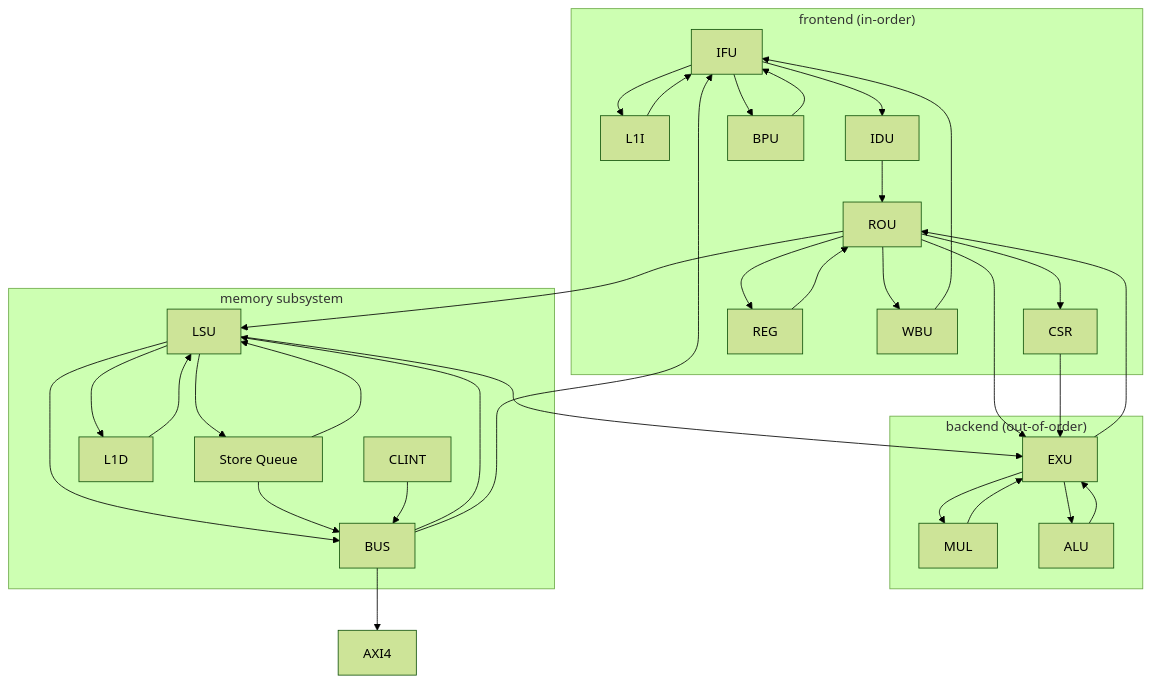
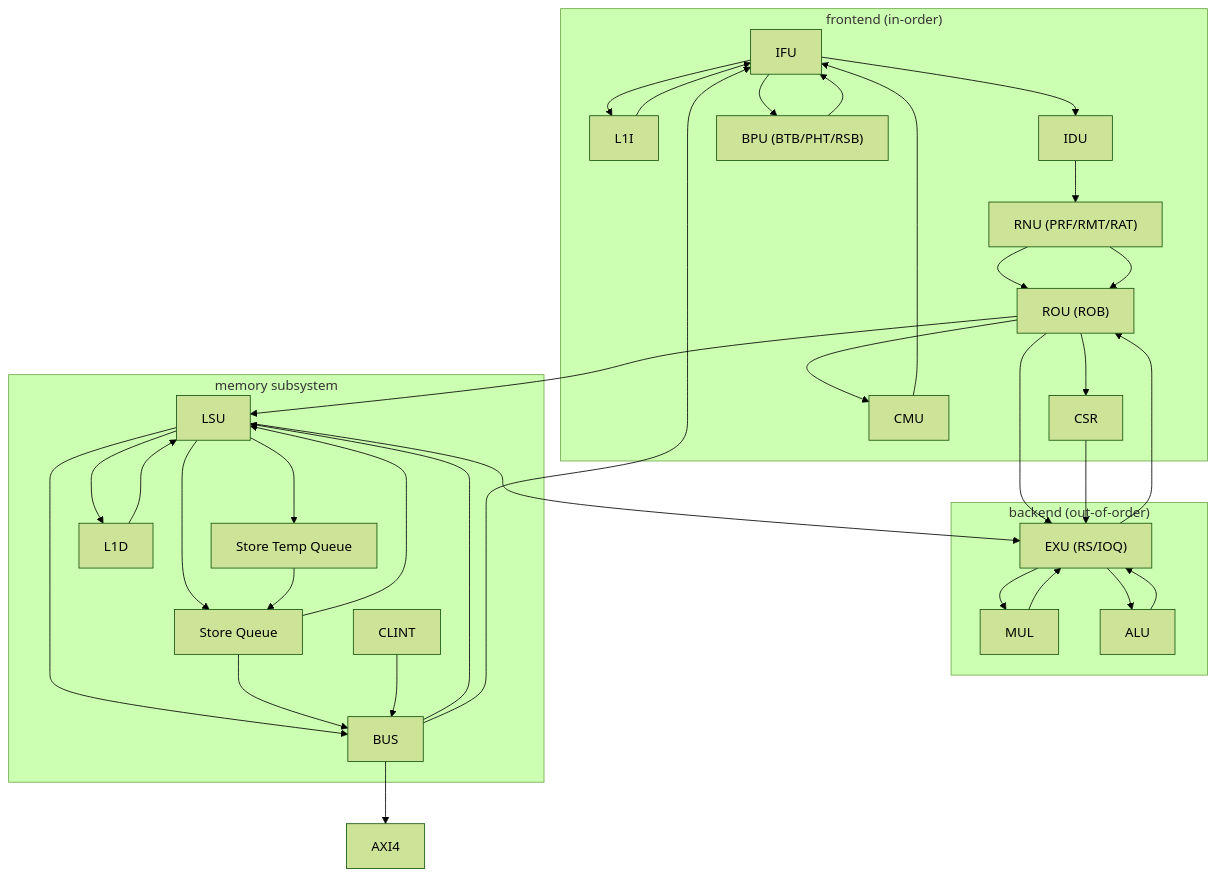
The diagram in docs/uarch.md (Kingfish404/raptor-chip), drawn with Mermaid (forest theme) before and after one commit. The commit also changed other lines of this file and 13 other files, not shown here.

````diff
--- a/docs/uarch.md
+++ b/docs/uarch.md
@@ -41,42 +45,45 @@
 ```mermaid
 flowchart TD
  subgraph FE["frontend (in-order)"]
         IFU["IFU"]
         L1I["L1I"]
         IDU["IDU"]
-        BPU["BPU"]
-        ROU["ROU"]
+        BPU["BPU (BTB/PHT/RSB)"]
+        RNU["RNU (PRF/RMT/RAT)"]
+        ROU["ROU (ROB)"]
         CSR["CSR"]
-        REG["REG"]
-        WBU["WBU"]
+        CMU["CMU"]
   end
  subgraph BE["backend (out-of-order)"]
-        EXU["EXU"]
+        EXU["EXU (RS/IOQ)"]
         MUL["MUL"]
         ALU["ALU"]
   end
  subgraph MEM["memory subsystem"]
         LSU["LSU"]
+        STQ["Store Temp Queue"]
         SQ["Store Queue"]
         L1D["L1D"]
         BUS["BUS"]
         CLINT["CLINT"]
   end
     IFU --> IDU & L1I & BPU
-    IDU --> ROU
-    ROU --> EXU & LSU & WBU & REG & CSR
-    LSU --> BUS & SQ & L1D
+    IDU --> RNU
+    RNU --> ROU
+    ROU --> EXU & LSU & CMU & CSR
+    LSU --> BUS & STQ & SQ & L1D
     EXU --> ROU & MUL & ALU
     BUS --> LSU & AXI["AXI4"] & IFU
     L1I --> IFU
-    WBU --> IFU
+    CMU --> IFU
     BPU --> IFU
     L1D --> LSU
     SQ --> LSU & BUS
+    STQ --> SQ
     CSR --> EXU
-    REG --> ROU
+    RNU --> ROU
     ALU --> EXU
     MUL --> EXU
     CLINT --> BUS
     LSU --> EXU
 ```
````
